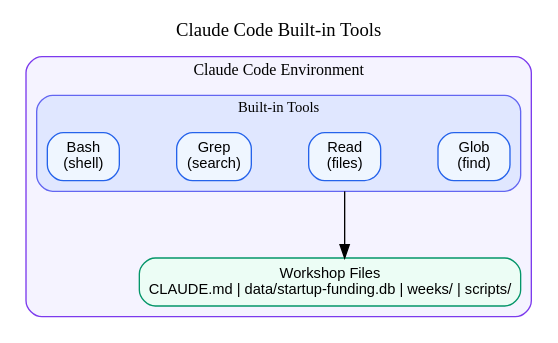
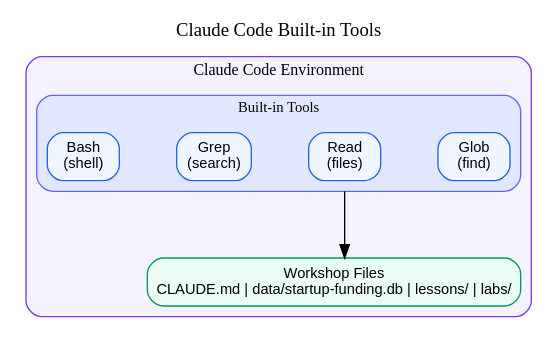
One commit to trancethehuman/workshop-claude-agents changed the diagram in admin/diagrams/labs/week1-lab2-tools.dot. Above: the diagram before and after it, drawn with Graphviz. The commit also changed 12 other files, not shown here.

```diff
--- a/admin/diagrams/labs/week1-lab2-tools.dot
+++ b/admin/diagrams/labs/week1-lab2-tools.dot
@@ -1,53 +1,53 @@
 digraph ClaudeCodeTools {
     rankdir=TB;
     newrank=true;
     splines=ortho;
     nodesep=0.6;
     ranksep=0.8;
     bgcolor="white";
     compound=true;
     node [fontname="Arial", fontsize=11, style="rounded,filled"];
     edge [fontname="Arial", fontsize=9];
 
     // Title
     label="Claude Code Built-in Tools";
     labelloc="t";
     fontsize=14;
     fontname="Arial Bold";
 
     // Claude Code Environment container
     subgraph cluster_env {
         label="Claude Code Environment";
         style="rounded,filled";
         fillcolor="#F5F3FF";
         color="#7C3AED";
         fontname="Arial Bold";
         fontsize=12;
 
         // Built-in Tools sub-container
         subgraph cluster_tools {
             label="Built-in Tools";
             style="rounded,filled";
             fillcolor="#E0E7FF";
             color="#6366F1";
             fontname="Arial Bold";
             fontsize=11;
 
             node [shape=box fillcolor="#EFF6FF" color="#2563EB"];
 
             // Four horizontal tools
             {rank=same; glob; read; grep; bash}
 
             glob [label="Glob\n(find)"];
             read [label="Read\n(files)"];
             grep [label="Grep\n(search)"];
             bash [label="Bash\n(shell)"];
         }
 
         // Workshop Files below the tools
-        workshop_files [label="Workshop Files\nCLAUDE.md | data/startup-funding.db | weeks/ | scripts/" shape=box fillcolor="#ECFDF5" color="#059669"];
+        workshop_files [label="Workshop Files\nCLAUDE.md | data/startup-funding.db | lessons/ | labs/" shape=box fillcolor="#ECFDF5" color="#059669"];
     }
 
     // Arrow from tools cluster down to workshop files
     read -> workshop_files [ltail=cluster_tools];
 }
```
